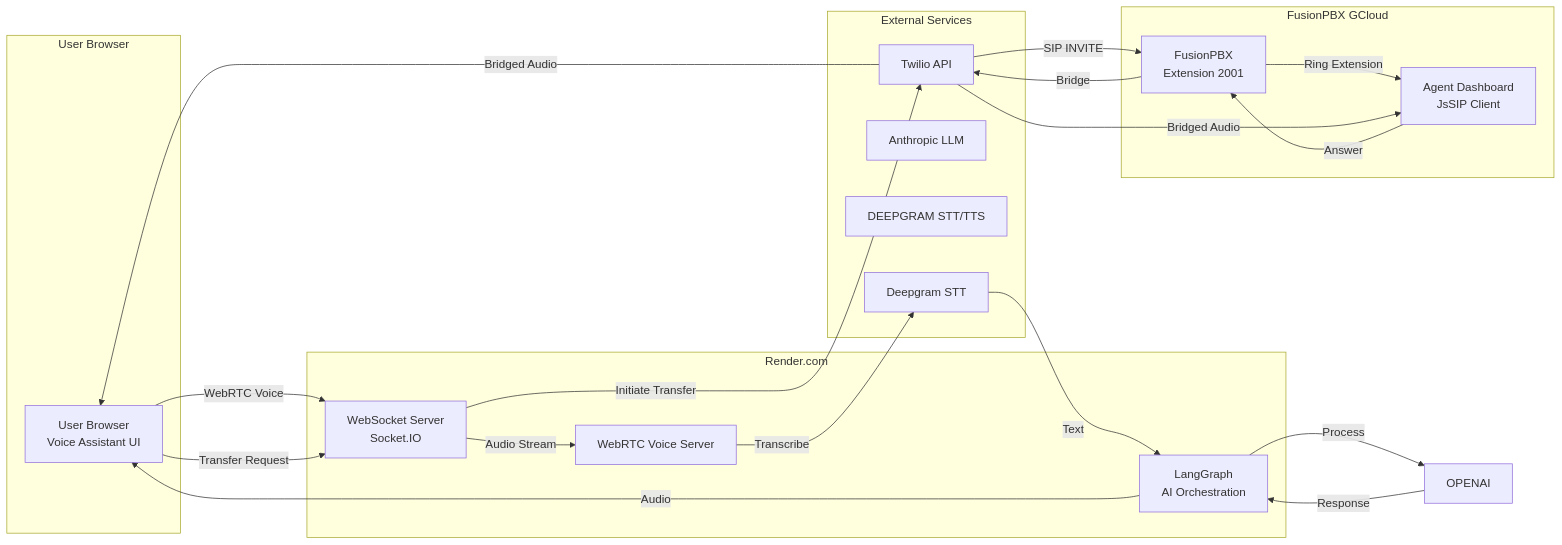
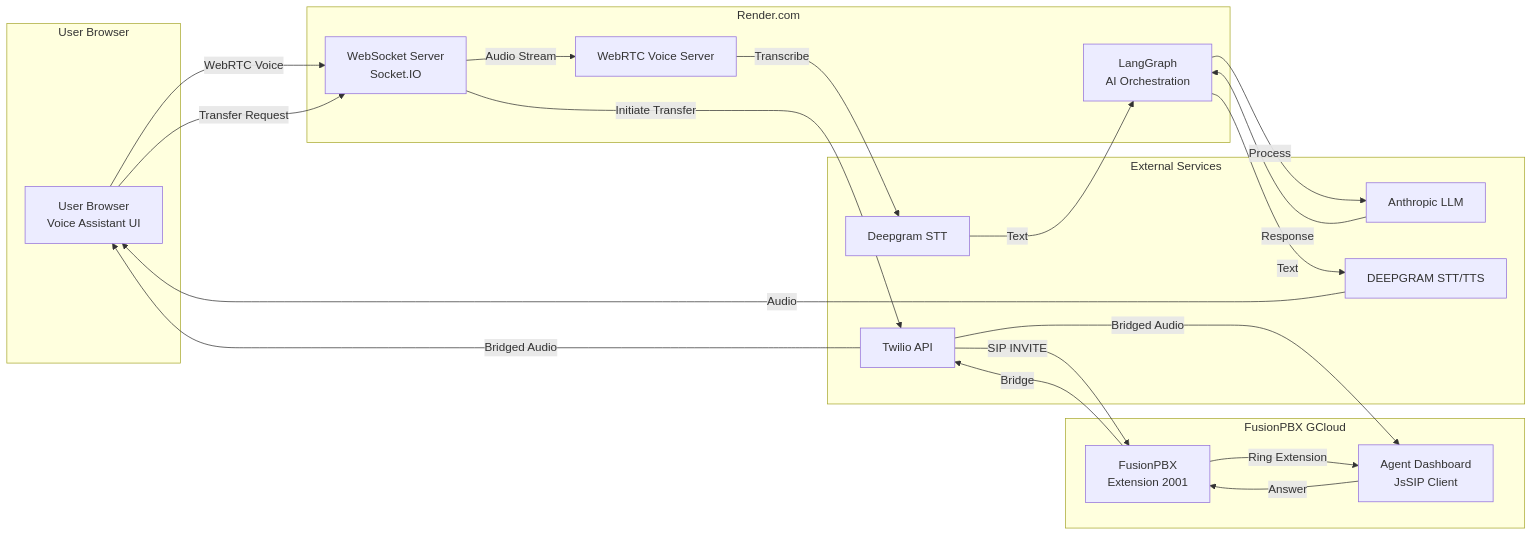
One commit to hjleepapa/convonet-anthropic changed the diagram in convonet/CONVONET_DEPLOYMENT_CONFIG.md. Above: the diagram before and after it, drawn with Mermaid. The commit also changed other lines of this file and 32 other files, not shown here.

````diff
--- a/convonet/CONVONET_DEPLOYMENT_CONFIG.md
+++ b/convonet/CONVONET_DEPLOYMENT_CONFIG.md
@@ -26,41 +26,42 @@
 ```mermaid
 graph LR
     subgraph "User Browser"
         UA[User Browser<br/>Voice Assistant UI]
     end
     
     subgraph "Render.com"
         WS[WebSocket Server<br/>Socket.IO]
         WVS[WebRTC Voice Server]
         LG[LangGraph<br/>AI Orchestration]
     end
     
     subgraph "External Services"
         DEEP[Deepgram STT]
         ANTHROPIC[Anthropic LLM]
         DEEPGRAM[DEEPGRAM STT/TTS]
         TWILIO[Twilio API]
     end
     
     subgraph "FusionPBX GCloud"
         FUSION[FusionPBX<br/>Extension 2001]
         AGENT[Agent Dashboard<br/>JsSIP Client]
     end
     
     UA -->|WebRTC Voice| WS
     WS -->|Audio Stream| WVS
     WVS -->|Transcribe| DEEP
     DEEP -->|Text| LG
-    LG -->|Process| OPENAI
-    OPENAI -->|Response| LG
-    LG -->|Audio| UA
+    LG -->|Process| ANTHROPIC
+    ANTHROPIC -->|Response| LG
+    LG -->|Text| DEEPGRAM
+    DEEPGRAM -->|Audio| UA
     
     UA -->|Transfer Request| WS
     WS -->|Initiate Transfer| TWILIO
     TWILIO -->|SIP INVITE| FUSION
     FUSION -->|Ring Extension| AGENT
     AGENT -->|Answer| FUSION
     FUSION -->|Bridge| TWILIO
     TWILIO -->|Bridged Audio| UA
     TWILIO -->|Bridged Audio| AGENT
 ```
````
